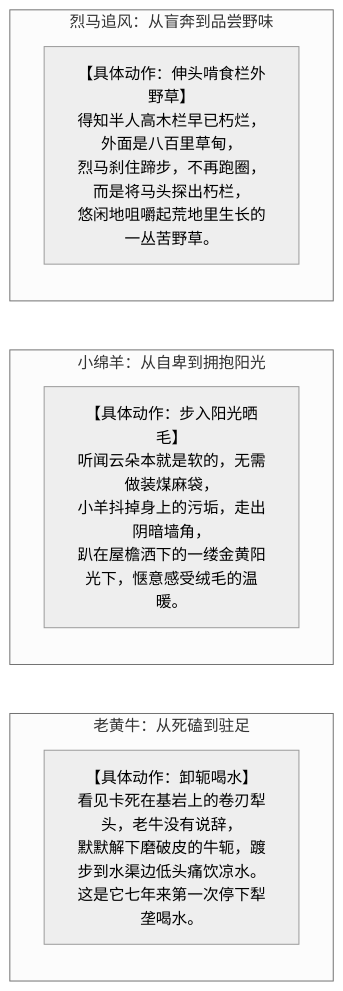
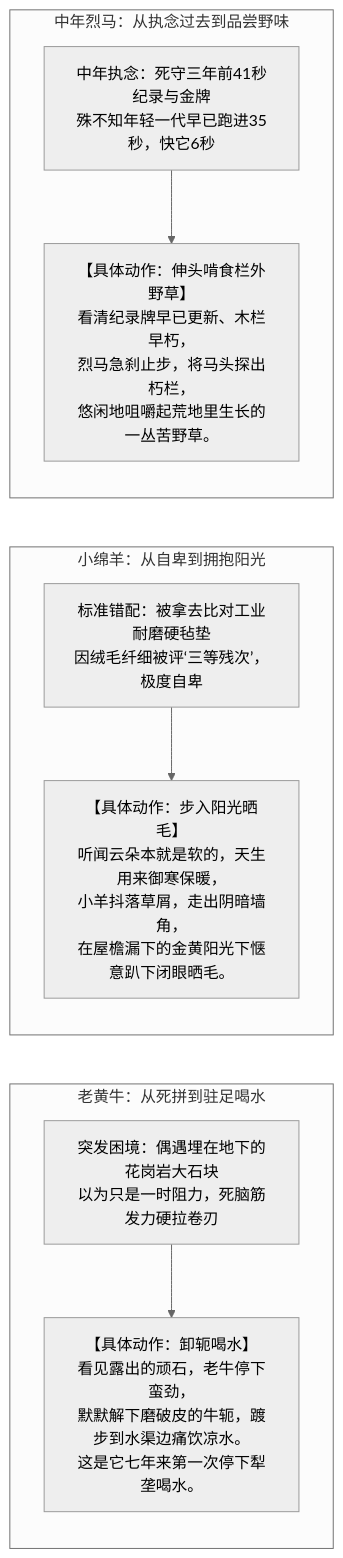
One commit to chenzhaoxuan0/piggame changed the diagram in docs/PIG_STORY_LINE_FULL.md. Above: the diagram before and after it, drawn with Mermaid (neutral theme). The commit also changed other lines of this file and 3 other files, not shown here.

````diff
--- a/docs/PIG_STORY_LINE_FULL.md
+++ b/docs/PIG_STORY_LINE_FULL.md
@@ -38,14 +38,21 @@
 ```mermaid
 flowchart LR
-    subgraph Cow["老黄牛：从死磕到驻足"]
-        C_Action["【具体动作：卸轭喝水】<br/>看见卡死在基岩上的卷刃犁头，老牛没有说辞，<br/>默默解下磨破皮的牛轭，踱步到水渠边低头痛饮凉水。<br/>这是它七年来第一次停下犁垄喝水。"]
+    subgraph Cow["老黄牛：从死拼到驻足喝水"]
+        C_Rut["突发困境：偶遇埋在地下的花岗岩大石块<br/>以为只是一时阻力，死脑筋发力硬拉卷刃"]
+        C_Action["【具体动作：卸轭喝水】<br/>看见露出的顽石，老牛停下蛮劲，<br/>默默解下磨破皮的牛轭，踱步到水渠边痛饮凉水。<br/>这是它七年来第一次停下犁垄喝水。"]
     end
 
     subgraph Sheep["小绵羊：从自卑到拥抱阳光"]
-        S_Action["【具体动作：步入阳光晒毛】<br/>听闻云朵本就是软的，无需做装煤麻袋，<br/>小羊抖掉身上的污垢，走出阴暗墙角，<br/>趴在屋檐洒下的一缕金黄阳光下，惬意感受绒毛的温暖。"]
+        S_Rut["标准错配：被拿去比对工业耐磨硬毡垫<br/>因绒毛纤细被评‘三等残次’，极度自卑"]
+        S_Action["【具体动作：步入阳光晒毛】<br/>听闻云朵本就是软的，天生用来御寒保暖，<br/>小羊抖落草屑，走出阴暗墙角，<br/>在屋檐漏下的金黄阳光下惬意趴下闭眼晒毛。"]
     end
 
-    subgraph Horse["烈马追风：从盲奔到品尝野味"]
-        H_Action["【具体动作：伸头啃食栏外野草】<br/>得知半人高木栏早已朽烂，外面是八百里草甸，<br/>烈马刹住蹄步，不再跑圈，而是将马头探出朽栏，<br/>悠闲地咀嚼起荒地里生长的一丛苦野草。"]
+    subgraph Horse["中年烈马：从执念过去到品尝野味"]
+        H_Rut["中年执念：死守三年前41秒纪录与金牌<br/>殊不知年轻一代早已跑进35秒，快它6秒"]
+        H_Action["【具体动作：伸头啃食栏外野草】<br/>看清纪录牌早已更新、木栏早朽，<br/>烈马急刹止步，将马头探出朽栏，<br/>悠闲地咀嚼起荒地里生长的一丛苦野草。"]
     end
+
+    C_Rut --> C_Action
+    S_Rut --> S_Action
+    H_Rut --> H_Action
 ```
````
